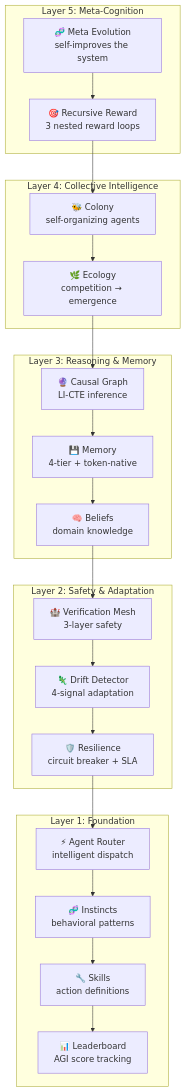
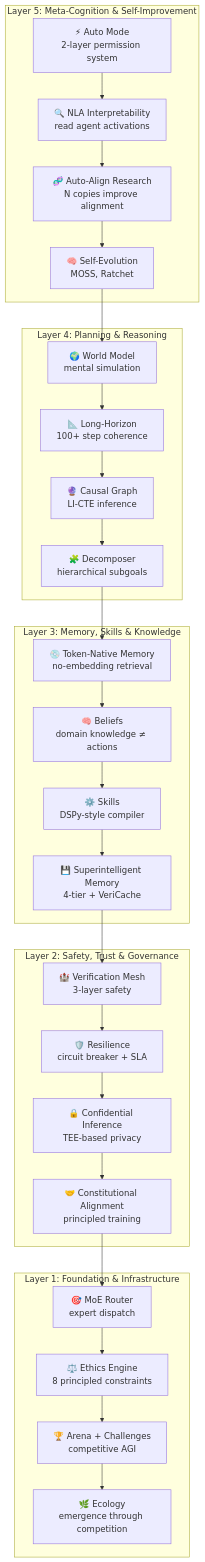
The fourth of 5 diagrams in README.md (ndqkhanh/lyra), drawn with Mermaid before and after one commit. The commit also changed other lines of this file, not shown here.

First line of the commit message:
📚 Rewrite README: 124 packages, 20 plans, 5 mermaid diagrams, 23 research waves

````diff
--- a/README.md
+++ b/README.md
@@ -142,45 +147,43 @@
 ```mermaid
 graph TD
-    subgraph "Layer 5: Meta-Cognition"
-        L5M[🧬 Meta Evolution<br/>self-improves the system]
-        L5R[🎯 Recursive Reward<br/>3 nested reward loops]
+    subgraph "Layer 5: Meta-Cognition & Self-Improvement"
+        L5A[⚡ Auto Mode<br/>2-layer permission system]
+        L5B[🔍 NLA Interpretability<br/>read agent activations]
+        L5C[🧬 Auto-Align Research<br/>N copies improve alignment]
+        L5D[🧠 Self-Evolution<br/>MOSS, Ratchet]
     end
     
-    subgraph "Layer 4: Collective Intelligence"
-        L4C[🐝 Colony<br/>self-organizing agents]
-        L4E[🌿 Ecology<br/>competition → emergence]
+    subgraph "Layer 4: Planning & Reasoning"
+        L4D[🌍 World Model<br/>mental simulation]
+        L4E[📐 Long-Horizon<br/>100+ step coherence]
+        L4F[🔮 Causal Graph<br/>LI-CTE inference]
+        L4G[🧩 Decomposer<br/>hierarchical subgoals]
     end
     
-    subgraph "Layer 3: Reasoning & Memory"
-        L3C[🔮 Causal Graph<br/>LI-CTE inference]
-        L3M[💾 Memory<br/>4-tier + token-native]
-        L3B[🧠 Beliefs<br/>domain knowledge]
+    subgraph "Layer 3: Memory, Skills & Knowledge"
+        L3A[💿 Token-Native Memory<br/>no-embedding retrieval]
+        L3B[🧠 Beliefs<br/>domain knowledge ≠ actions]
+        L3C[⚙️ Skills<br/>DSPy-style compiler]
+        L3H[💾 Superintelligent Memory<br/>4-tier + VeriCache]
     end
     
-    subgraph "Layer 2: Safety & Adaptation"
-        L2V[🏰 Verification Mesh<br/>3-layer safety]
-        L2D[🦎 Drift Detector<br/>4-signal adaptation]
-        L2R[🛡️ Resilience<br/>circuit breaker + SLA]
+    subgraph "Layer 2: Safety, Trust & Governance"
+        L2A[🏰 Verification Mesh<br/>3-layer safety]
+        L2B[🛡️ Resilience<br/>circuit breaker + SLA]
+        L2C[🔒 Confidential Inference<br/>TEE-based privacy]
+        L2I[🤝 Constitutional Alignment<br/>principled training]
     end
     
-    subgraph "Layer 1: Foundation"
-        L1R[⚡ Agent Router<br/>intelligent dispatch]
-        L1I[🧬 Instincts<br/>behavioral patterns]
-        L1S[🔧 Skills<br/>action definitions]
-        L1L[📊 Leaderboard<br/>AGI score tracking]
+    subgraph "Layer 1: Foundation & Infrastructure"
+        L1A[🎯 MoE Router<br/>expert dispatch]
+        L1B[⚖️ Ethics Engine<br/>8 principled constraints]
+        L1C[🏆 Arena + Challenges<br/>competitive AGI]
+        L1J[🌿 Ecology<br/>emergence through competition]
     end
     
-    L5M --> L5R
-    L5R --> L4C
-    L4C --> L4E
-    L4E --> L3C
-    L3C --> L3M
-    L3M --> L3B
-    L3B --> L2V
-    L2V --> L2D
-    L2D --> L2R
-    L2R --> L1R
-    L1R --> L1I
-    L1I --> L1S
-    L1S --> L1L
+    L5A --> L5B; L5B --> L5C; L5C --> L5D; L5D --> L4D
+    L4D --> L4E; L4E --> L4F; L4F --> L4G; L4G --> L3A
+    L3A --> L3B; L3B --> L3C; L3C --> L3H; L3H --> L2A
+    L2A --> L2B; L2B --> L2C; L2C --> L2I; L2I --> L1A
+    L1A --> L1B; L1B --> L1C; L1C --> L1J
 ```
````
